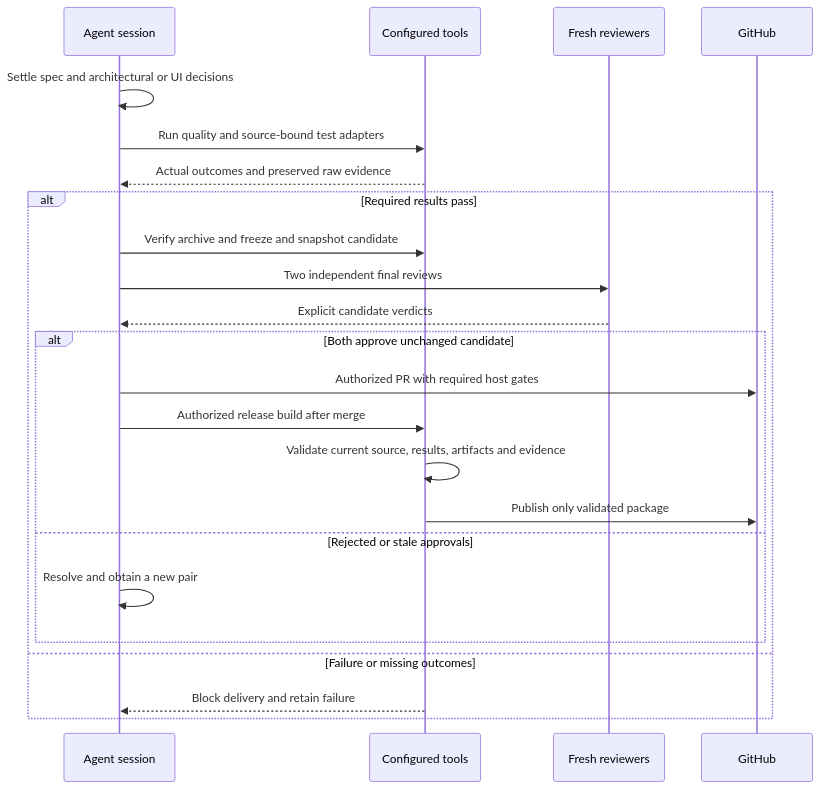
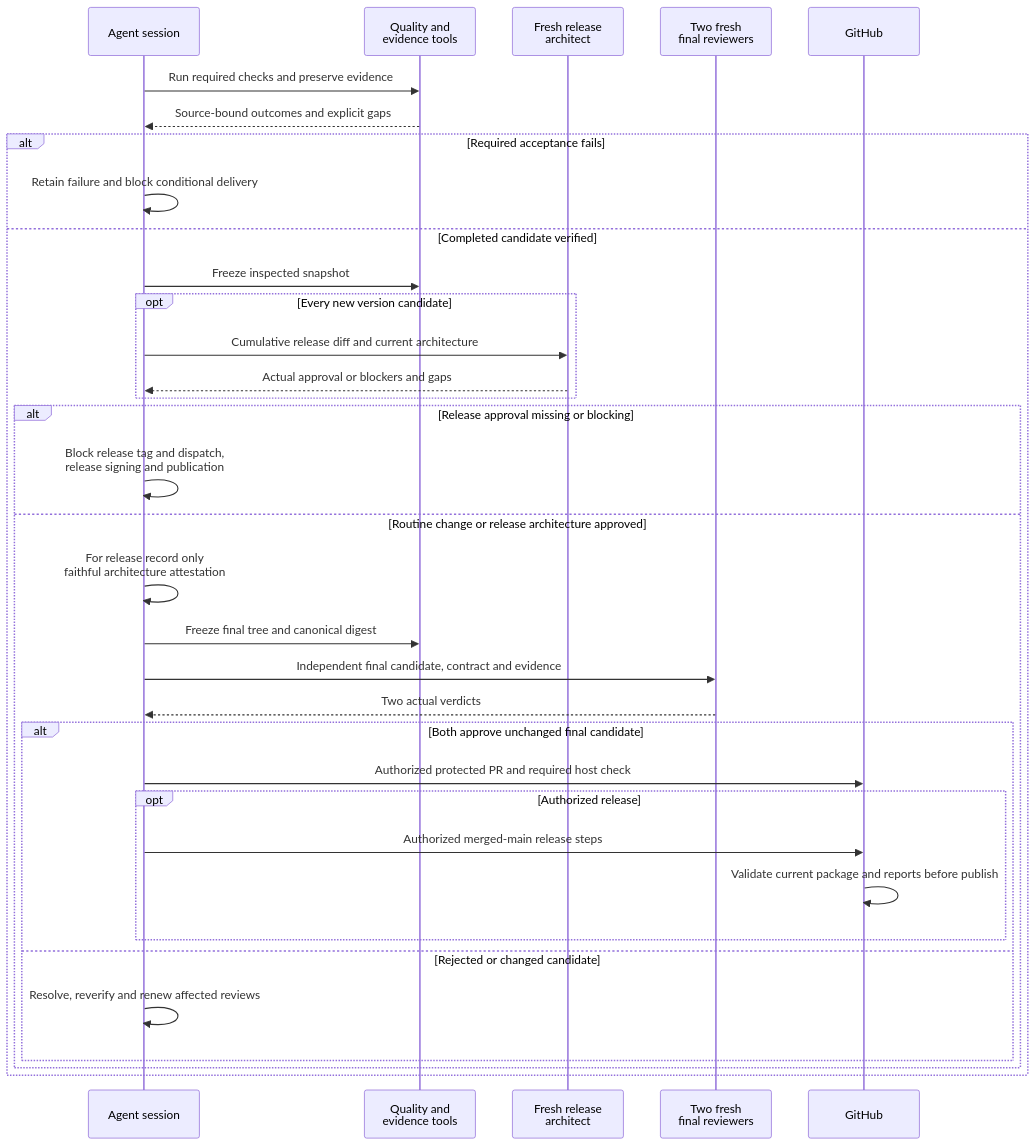
One commit to PhiLong-Ho/agent-dev-template changed the second of 2 diagrams in docs/architecture/features/workflow.md. Above: the diagram before and after it, drawn with Mermaid. The commit also changed other lines of this file and 20 other files, not shown here.

Commit message:
Require architecture review for every release candidate (#6)

````diff
--- a/docs/architecture/features/workflow.md
+++ b/docs/architecture/features/workflow.md
@@ -24,25 +27,36 @@
 ```mermaid
 sequenceDiagram
     participant A as Agent session
-    participant T as Configured tools
-    participant R as Fresh reviewers
+    participant T as Quality and<br/>evidence tools
+    participant AR as Fresh release<br/>architect
+    participant R as Two fresh<br/>final reviewers
     participant G as GitHub
-    A->>A: Settle spec and architectural or UI decisions
-    A->>T: Run quality and source-bound test adapters
-    T-->>A: Actual outcomes and preserved raw evidence
-    alt Required results pass
-        A->>T: Verify archive and freeze and snapshot candidate
-        A->>R: Two independent final reviews
-        R-->>A: Explicit candidate verdicts
-        alt Both approve unchanged candidate
-            A->>G: Authorized PR with required host gates
-            A->>T: Authorized release build after merge
-            T->>T: Validate current source, results, artifacts and evidence
-            T->>G: Publish only validated package
-        else Rejected or stale approvals
-            A->>A: Resolve and obtain a new pair
+    A->>T: Run required checks and preserve evidence
+    T-->>A: Source-bound outcomes and explicit gaps
+    alt Required acceptance fails
+        A->>A: Retain failure and block conditional delivery
+    else Completed candidate verified
+        A->>T: Freeze inspected snapshot
+        opt Every new version candidate
+            A->>AR: Cumulative release diff and current architecture
+            AR-->>A: Actual approval or blockers and gaps
         end
-    else Failure or missing outcomes
-        T-->>A: Block delivery and retain failure
+        alt Release approval missing or blocking
+            A->>A: Block release tag and dispatch,<br/>release signing and publication
+        else Routine change or release architecture approved
+            A->>A: For release record only<br/>faithful architecture attestation
+            A->>T: Freeze final tree and canonical digest
+            A->>R: Independent final candidate, contract and evidence
+            R-->>A: Two actual verdicts
+            alt Both approve unchanged final candidate
+                A->>G: Authorized protected PR and required host check
+                opt Authorized release
+                    A->>G: Authorized merged-main release steps
+                    G->>G: Validate current package and reports before publish
+                end
+            else Rejected or changed candidate
+                A->>A: Resolve, reverify and renew affected reviews
+            end
+        end
     end
 ```
````
